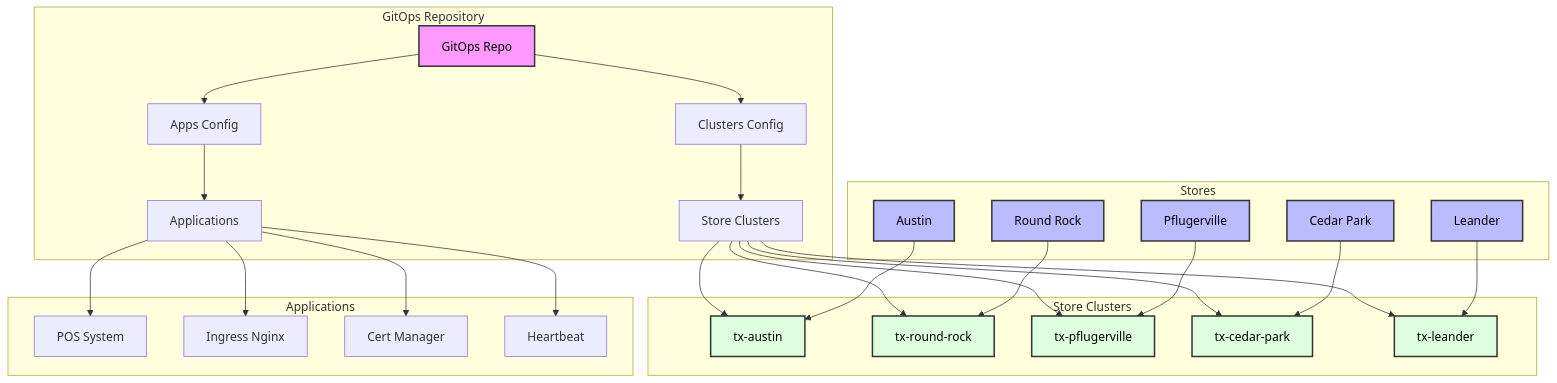
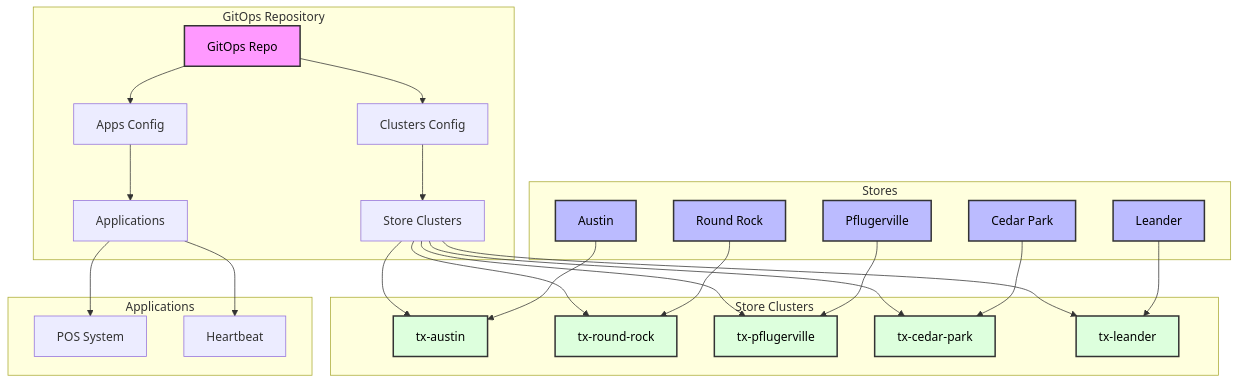
Before and after one commit to bartr/tlt: the second of 2 diagrams in README.md, drawn with Mermaid. The commit also changed other lines of this file, not shown here.

````diff
--- a/README.md
+++ b/README.md
@@ -174,44 +172,42 @@
 ```mermaid
 graph TB
     subgraph "GitOps Repository"
         A[GitOps Repo] --> B[Clusters Config]
         A --> C[Apps Config]
         B --> D[Store Clusters]
         C --> E[Applications]
     end
 
     subgraph "Store Clusters"
         D --> F[tx-austin]
         D --> G[tx-round-rock]
         D --> H[tx-pflugerville]
         D --> I[tx-cedar-park]
         D --> J[tx-leander]
     end
 
     subgraph "Applications"
         E --> K[POS System]
-        E --> M[Ingress Nginx]
-        E --> N[Cert Manager]
         E --> O[Heartbeat]
     end
 
     subgraph "Stores"
         P[Austin] --> F
         Q[Round Rock] --> G
         R[Pflugerville] --> H
         S[Cedar Park] --> I
         T[Leander] --> J
     end
 
     style A fill:#f9f,stroke:#333,stroke-width:2px,color:#000
     style F fill:#dfd,stroke:#333,stroke-width:2px,color:#000
     style G fill:#dfd,stroke:#333,stroke-width:2px,color:#000
     style H fill:#dfd,stroke:#333,stroke-width:2px,color:#000
     style I fill:#dfd,stroke:#333,stroke-width:2px,color:#000
     style J fill:#dfd,stroke:#333,stroke-width:2px,color:#000
     style P fill:#bbf,stroke:#333,stroke-width:2px,color:#000
     style Q fill:#bbf,stroke:#333,stroke-width:2px,color:#000
     style R fill:#bbf,stroke:#333,stroke-width:2px,color:#000
     style S fill:#bbf,stroke:#333,stroke-width:2px,color:#000
     style T fill:#bbf,stroke:#333,stroke-width:2px,color:#000
 ```
````
